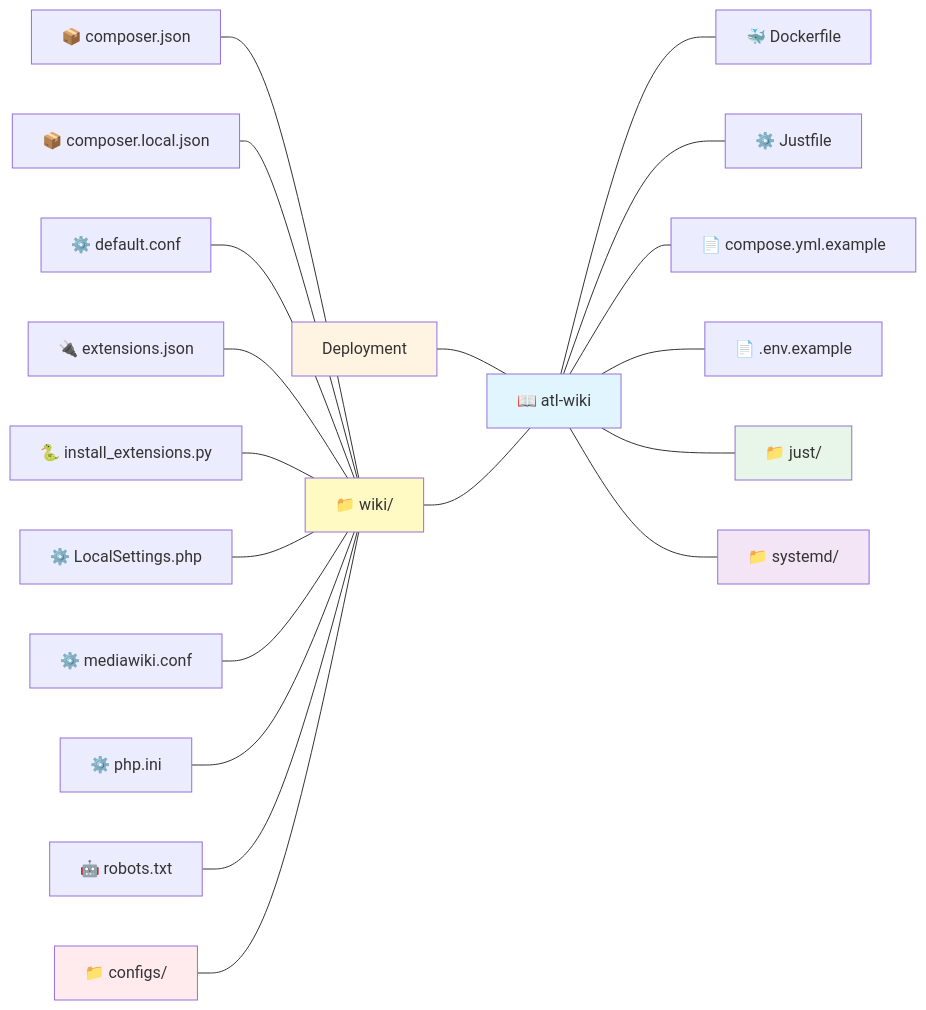
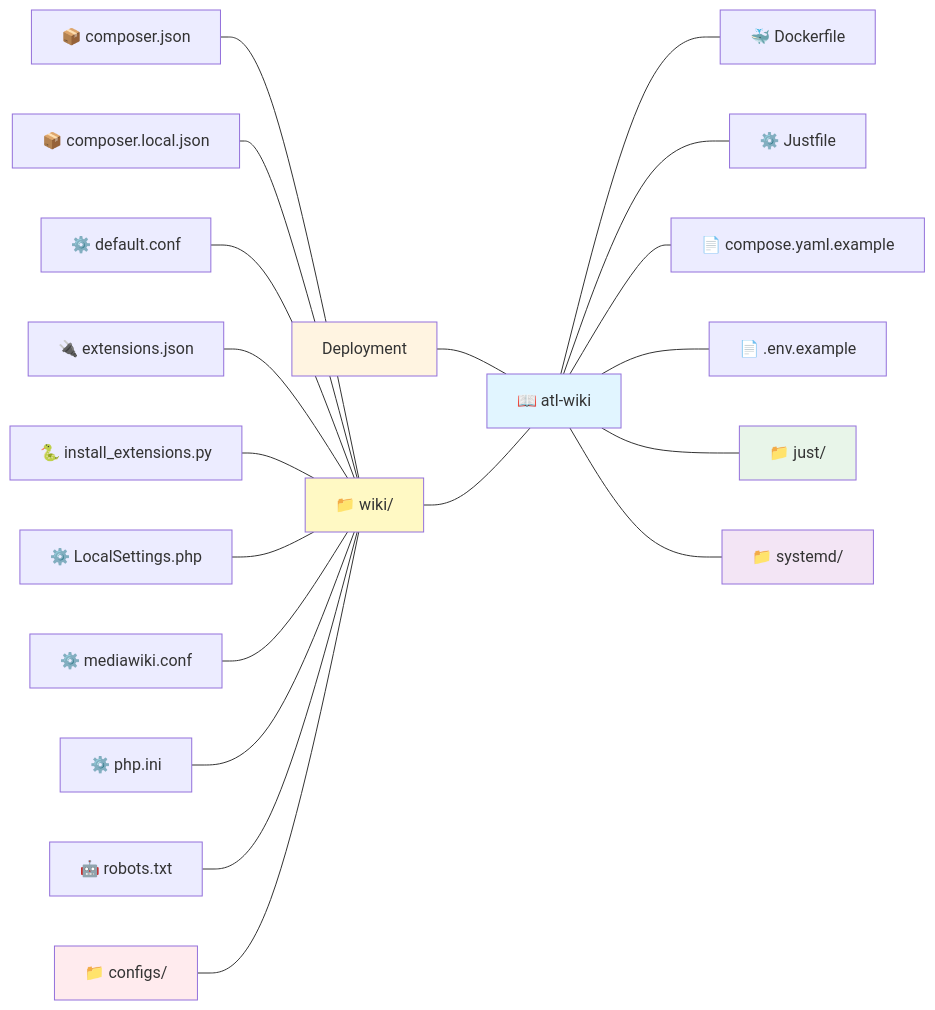
One commit to allthingslinux/atl-wiki changed the diagram in README.md. Above: the diagram before and after it, drawn with Mermaid. The commit also changed other lines of this file, not shown here.

````diff
--- a/README.md
+++ b/README.md
@@ -109,44 +109,44 @@
 ```mermaid
 graph LR
     ComposerJson["📦 composer.json"]
     ComposerLocal["📦 composer.local.json"]
     DefaultConf["⚙️ default.conf"]
     ExtensionsJson["🔌 extensions.json"]
     InstallPy["🐍 install_extensions.py"]
     LocalSettings["⚙️ LocalSettings.php"]
     MediawikiConf["⚙️ mediawiki.conf"]
     PhpIni["⚙️ php.ini"]
     Robots["🤖 robots.txt"]
     Configs["📁 configs/"]
     Wiki["📁 wiki/"]
 
     ComposerJson --- Wiki
     ComposerLocal --- Wiki
     DefaultConf --- Wiki
     ExtensionsJson --- Wiki
     InstallPy --- Wiki
     LocalSettings --- Wiki
     MediawikiConf --- Wiki
     PhpIni --- Wiki
     Robots --- Wiki
     Configs --- Wiki
 
     Root["📖 atl-wiki"]
 
     Deployment --- Root
     Wiki --- Root
 
     Root --- Dockerfile["🐳 Dockerfile"]
     Root --- Justfile["⚙️ Justfile"]
-    Root --- ComposeExample["📄 compose.yml.example"]
+    Root --- ComposeExample["📄 compose.yaml.example"]
     Root --- EnvExample["📄 .env.example"]
     Root --- Just["📁 just/"]
     Root --- Systemd["📁 systemd/"]
 
     style Root fill:#e1f5ff
     style Deployment fill:#fff4e1
     style Just fill:#e8f5e9
     style Systemd fill:#f3e5f5
     style Wiki fill:#fff9c4
     style Configs fill:#ffebee
 ```
````
